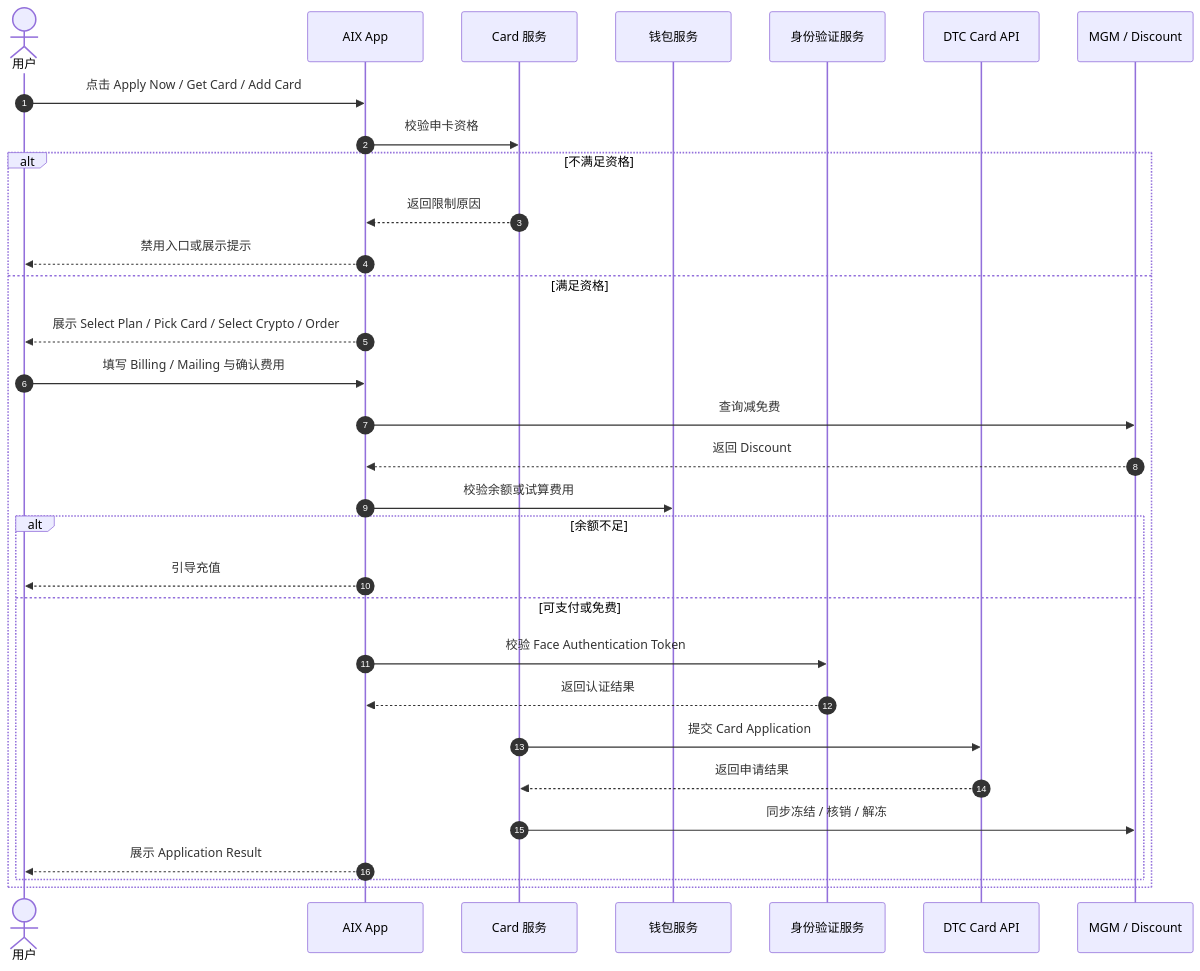
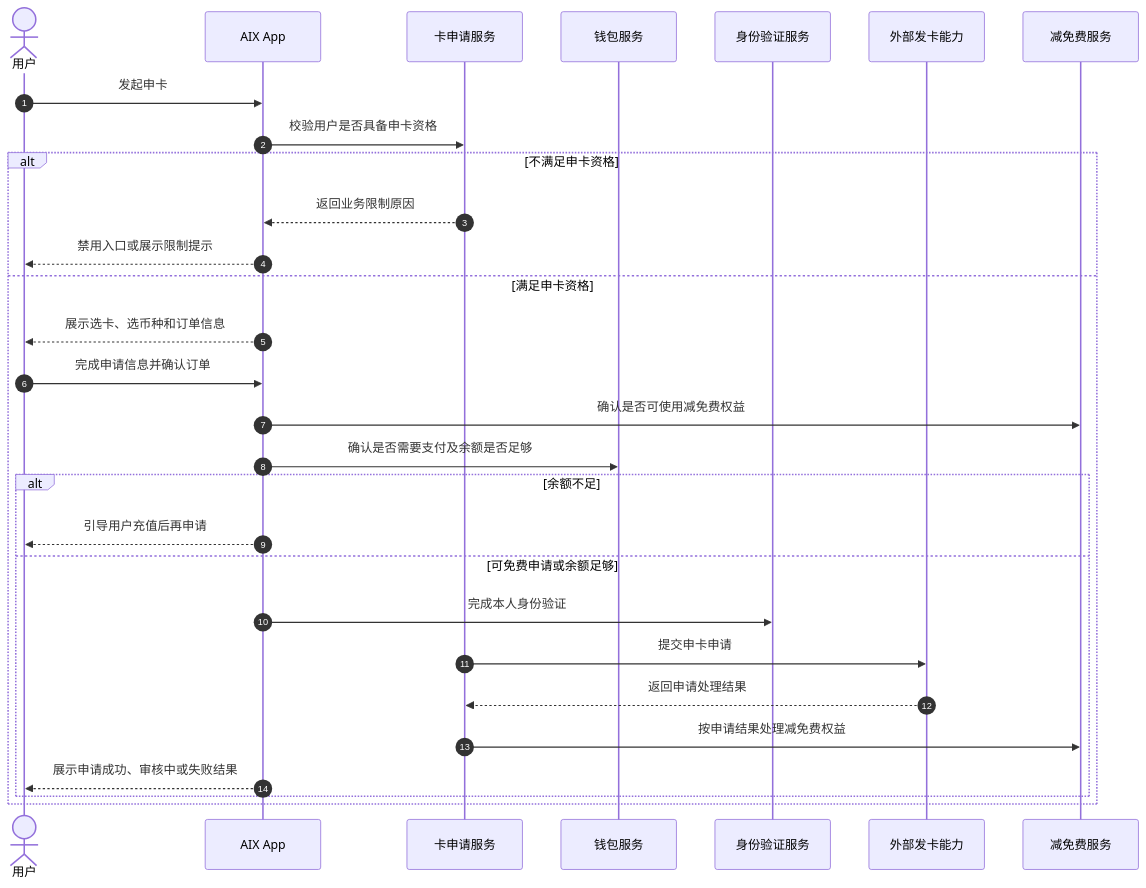
One commit to kelvin381539960-cyber/prd-for-ai changed the first of 2 diagrams in knowledge-base/card/application.md. Above: the diagram before and after it, drawn with Mermaid.

Commit message:
Make card application sequence diagram business-oriented

````diff
--- a/knowledge-base/card/application.md
+++ b/knowledge-base/card/application.md
@@ -67,34 +67,32 @@
 ```mermaid
 sequenceDiagram
     autonumber
     actor 用户
     participant App as AIX App
-    participant Card as Card 服务
+    participant Card as 卡申请服务
     participant Wallet as 钱包服务
     participant Security as 身份验证服务
-    participant DTC as DTC Card API
-    participant MGM as MGM / Discount
+    participant External as 外部发卡能力
+    participant Benefit as 减免费服务
 
-    用户->>App: 点击 Apply Now / Get Card / Add Card
-    App->>Card: 校验申卡资格
-    alt 不满足资格
-        Card-->>App: 返回限制原因
-        App-->>用户: 禁用入口或展示提示
-    else 满足资格
-        App-->>用户: 展示 Select Plan / Pick Card / Select Crypto / Order
-        用户->>App: 填写 Billing / Mailing 与确认费用
-        App->>MGM: 查询减免费
-        MGM-->>App: 返回 Discount
-        App->>Wallet: 校验余额或试算费用
+    用户->>App: 发起申卡
+    App->>Card: 校验用户是否具备申卡资格
+    alt 不满足申卡资格
+        Card-->>App: 返回业务限制原因
+        App-->>用户: 禁用入口或展示限制提示
+    else 满足申卡资格
+        App-->>用户: 展示选卡、选币种和订单信息
+        用户->>App: 完成申请信息并确认订单
+        App->>Benefit: 确认是否可使用减免费权益
+        App->>Wallet: 确认是否需要支付及余额是否足够
         alt 余额不足
-            App-->>用户: 引导充值
-        else 可支付或免费
-            App->>Security: 校验 Face Authentication Token
-            Security-->>App: 返回认证结果
-            Card->>DTC: 提交 Card Application
-            DTC-->>Card: 返回申请结果
-            Card->>MGM: 同步冻结 / 核销 / 解冻
-            App-->>用户: 展示 Application Result
+            App-->>用户: 引导用户充值后再申请
+        else 可免费申请或余额足够
+            App->>Security: 完成本人身份验证
+            Card->>External: 提交申卡申请
+            External-->>Card: 返回申请处理结果
+            Card->>Benefit: 按申请结果处理减免费权益
+            App-->>用户: 展示申请成功、审核中或失败结果
         end
     end
 ```
````
